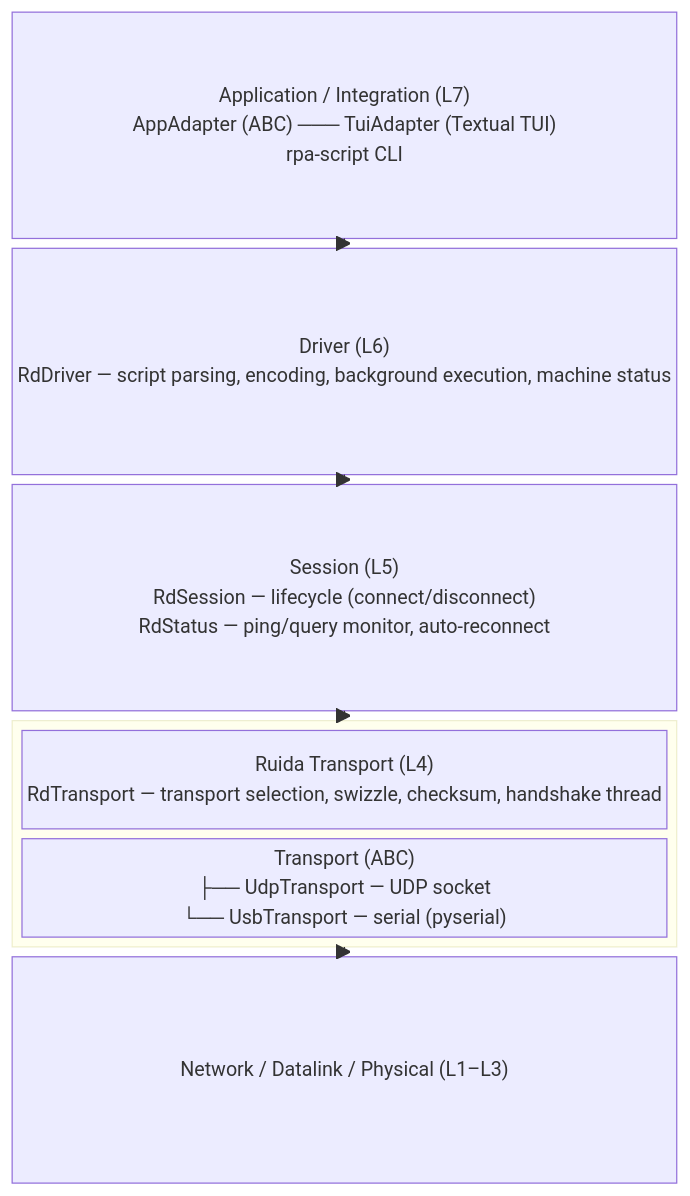
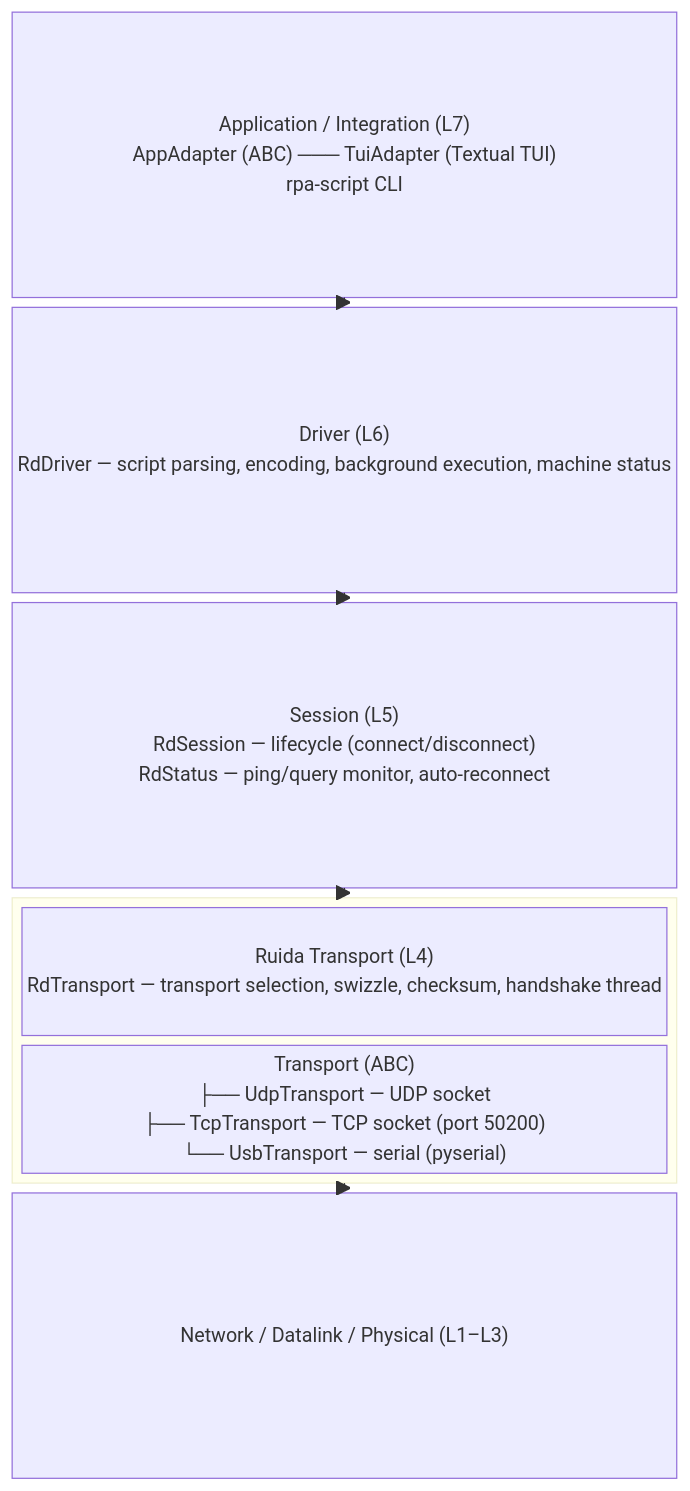
Before and after one commit to StevenIsaacs/ruida-pa: the first of 6 diagrams in docs/designs/RuidaDriver-functional.md, drawn with Mermaid. The commit also changed other lines of this file and 1 other file, not shown here.

````diff
--- a/docs/designs/RuidaDriver-functional.md
+++ b/docs/designs/RuidaDriver-functional.md
@@ -29,17 +29,17 @@
 ```mermaid
 block-beta
 columns 1
     l7["Application / Integration (L7)\nAppAdapter (ABC) ─── TuiAdapter (Textual TUI)\nrpa-script CLI"]
     l6["Driver (L6)\nRdDriver — script parsing, encoding, background execution, machine status"]
     l5["Session (L5)\nRdSession — lifecycle (connect/disconnect)\nRdStatus — ping/query monitor, auto-reconnect"]
     block:l4block
         columns 1
         l4["Ruida Transport (L4)\nRdTransport — transport selection, swizzle, checksum, handshake thread"]
-        transport_abc["Transport (ABC)\n├── UdpTransport — UDP socket\n└── UsbTransport — serial (pyserial)"]
+        transport_abc["Transport (ABC)\n├── UdpTransport — UDP socket\n├── TcpTransport — TCP socket (port 50200)\n└── UsbTransport — serial (pyserial)"]
     end
     l3["Network / Datalink / Physical (L1–L3)"]
     l7 --> l6
     l6 --> l5
     l5 --> l4block
     l4block --> l3
 ```
````
